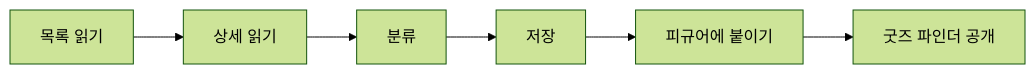
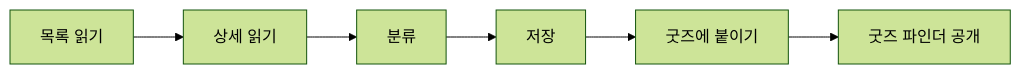
The second of 6 diagrams in content/posts/2026/11/07/bavelmo-goods-finder/index.md (DSeung001/dseung001.github.io), drawn with Mermaid (forest theme) before and after one commit. The commit also changed other lines of this file, not shown here.

Commit message:
바벨모 굿즈 파인더 초안에서 스키마와 중복 제거 설명을 굿즈 기준으로 다듬는다.

````diff
--- a/content/posts/2026/11/07/bavelmo-goods-finder/index.md
+++ b/content/posts/2026/11/07/bavelmo-goods-finder/index.md
@@ -112,4 +111,4 @@
 ```mermaid
 flowchart LR
-  A["목록 읽기"] --> B["상세 읽기"] --> C["분류"] --> D["저장"] --> E["피규어에 붙이기"] --> F["굿즈 파인더 공개"]
+  A["목록 읽기"] --> B["상세 읽기"] --> C["분류"] --> D["저장"] --> E["굿즈에 붙이기"] --> F["굿즈 파인더 공개"]
 ```
````
